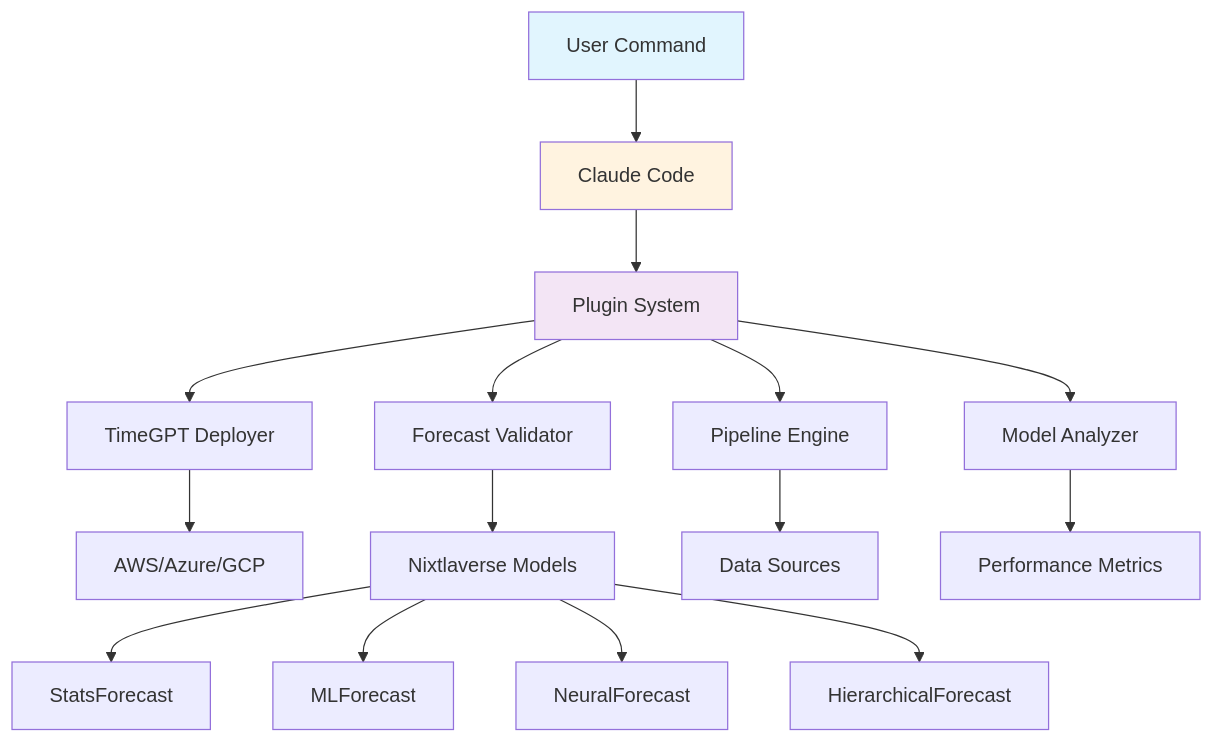
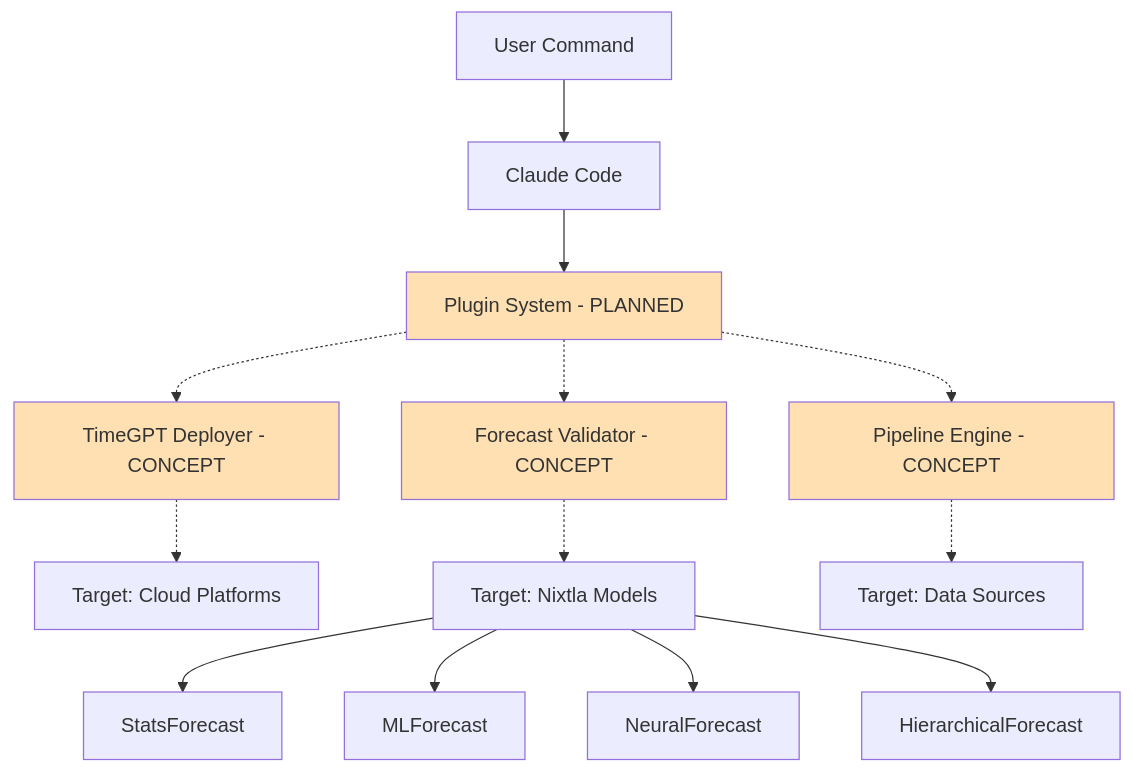
The diagram in README.md (intent-solutions-io/plugins-nixtla), drawn with Mermaid before and after one commit. The commit also changed other lines of this file and 4 other files, not shown here.

````diff
--- a/README.md
+++ b/README.md
@@ -36,24 +28,23 @@
 ```mermaid
 graph TB
     User[User Command] --> Claude[Claude Code]
-    Claude --> Plugins[Plugin System]
+    Claude --> Plugins[Plugin System - PLANNED]
 
-    Plugins --> TD[TimeGPT Deployer]
-    Plugins --> FV[Forecast Validator]
-    Plugins --> PE[Pipeline Engine]
-    Plugins --> MA[Model Analyzer]
+    Plugins -.-> TD[TimeGPT Deployer - CONCEPT]
+    Plugins -.-> FV[Forecast Validator - CONCEPT]
+    Plugins -.-> PE[Pipeline Engine - CONCEPT]
 
-    TD --> AWS[AWS/Azure/GCP]
-    FV --> Models[Nixtlaverse Models]
-    PE --> Data[Data Sources]
-    MA --> Metrics[Performance Metrics]
+    TD -.-> AWS[Target: Cloud Platforms]
+    FV -.-> Models[Target: Nixtla Models]
+    PE -.-> Data[Target: Data Sources]
 
     Models --> SF[StatsForecast]
     Models --> MF[MLForecast]
     Models --> NF[NeuralForecast]
     Models --> HF[HierarchicalForecast]
 
-    style User fill:#e1f5fe
-    style Claude fill:#fff3e0
-    style Plugins fill:#f3e5f5
+    style Plugins fill:#ffe0b2
+    style TD fill:#ffe0b2
+    style FV fill:#ffe0b2
+    style PE fill:#ffe0b2
 ```
````
